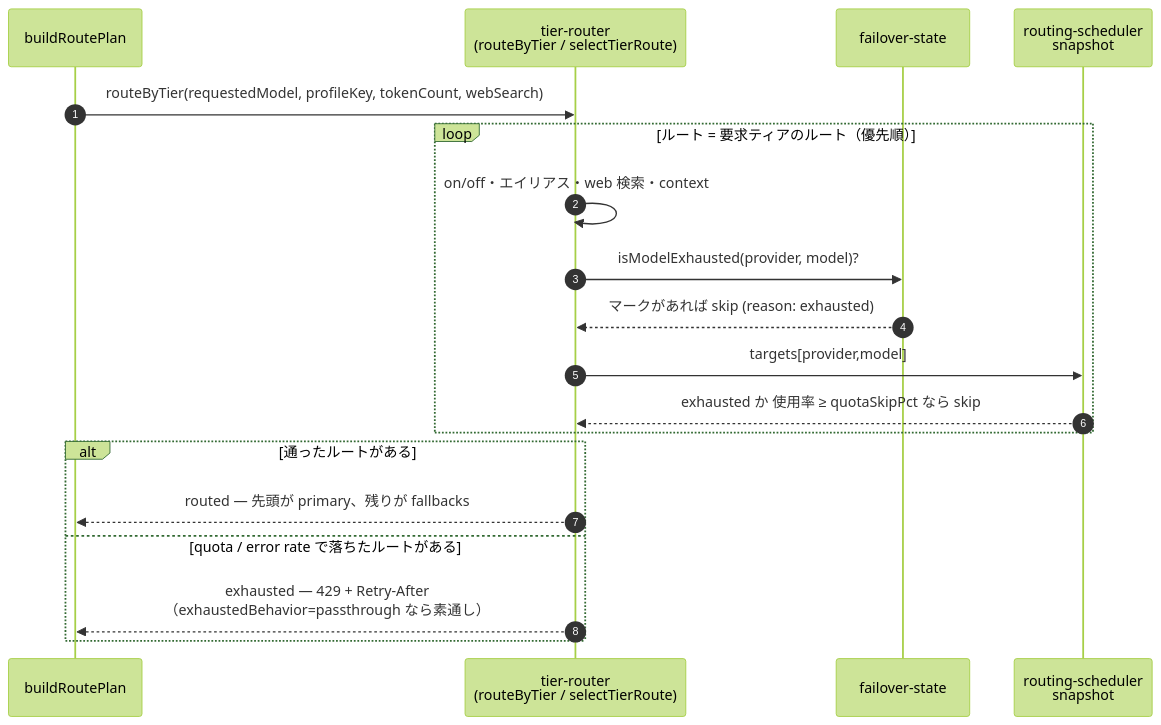
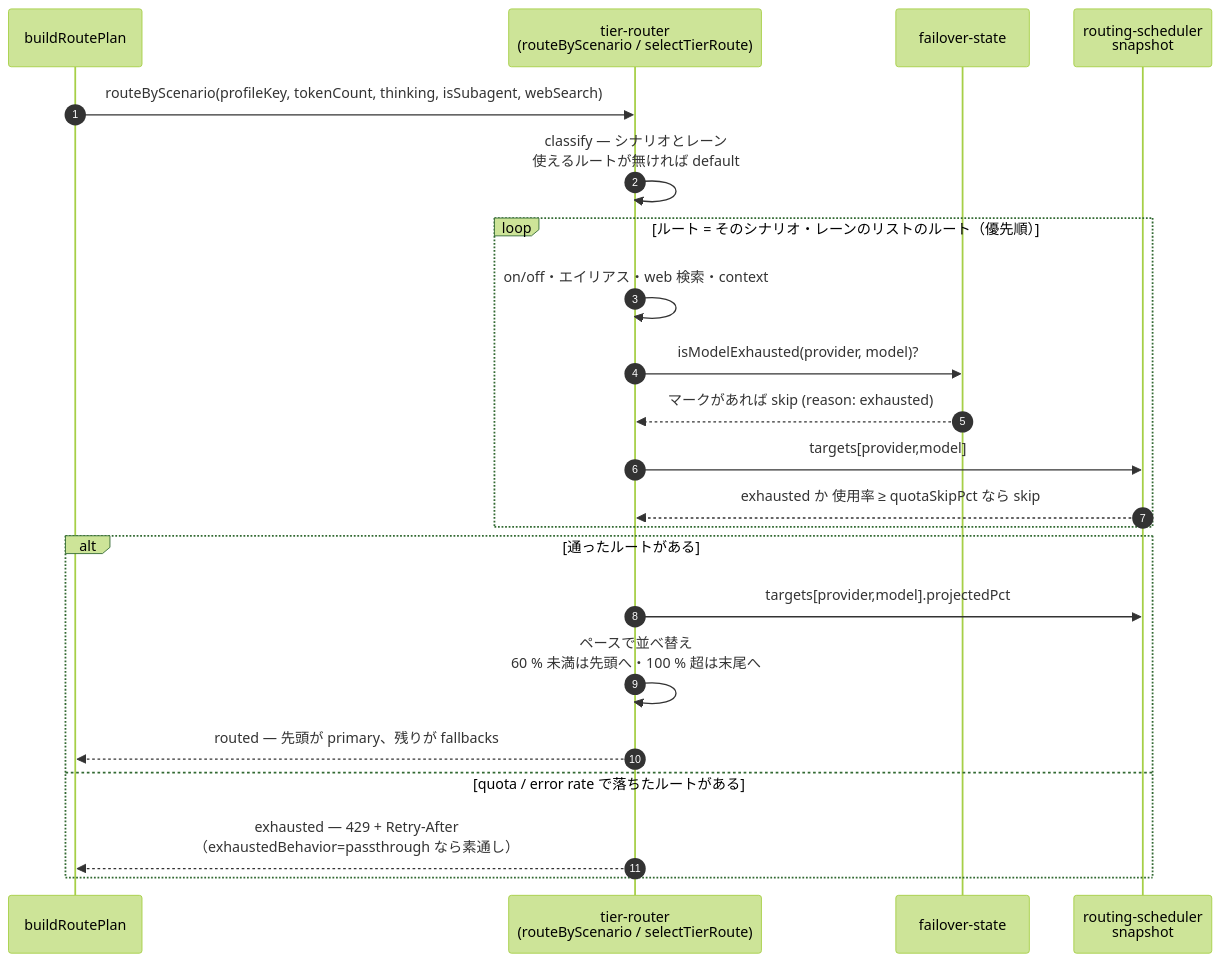
Before and after one commit to tkgstrator/rialto: the eighth of 12 diagrams in docs/architecture/pipeline-overview.md, drawn with Mermaid (forest theme). The commit also changed other lines of this file and 14 other files, not shown here.

````diff
--- a/docs/architecture/pipeline-overview.md
+++ b/docs/architecture/pipeline-overview.md
@@ -376,22 +376,25 @@
 ```mermaid
 sequenceDiagram
   autonumber
   participant RP as buildRoutePlan
-  participant TR as tier-router<br/>(routeByTier / selectTierRoute)
+  participant TR as tier-router<br/>(routeByScenario / selectTierRoute)
   participant FS as failover-state
   participant SN as routing-scheduler<br/>snapshot
 
-  RP->>TR: routeByTier(requestedModel, profileKey, tokenCount, webSearch)
-  loop ルート = 要求ティアのルート（優先順）
+  RP->>TR: routeByScenario(profileKey, tokenCount, thinking, isSubagent, webSearch)
+  TR->>TR: classify — シナリオとレーン<br/>使えるルートが無ければ default
+  loop ルート = そのシナリオ・レーンのリストのルート（優先順）
     TR->>TR: on/off・エイリアス・web 検索・context
     TR->>FS: isModelExhausted(provider, model)?
     FS-->>TR: マークがあれば skip (reason: exhausted)
     TR->>SN: targets[provider,model]
     SN-->>TR: exhausted か 使用率 ≥ quotaSkipPct なら skip
   end
   alt 通ったルートがある
+    TR->>SN: targets[provider,model].projectedPct
+    TR->>TR: ペースで並べ替え<br/>60 % 未満は先頭へ・100 % 超は末尾へ
     TR-->>RP: routed — 先頭が primary、残りが fallbacks
   else quota / error rate で落ちたルートがある
     TR-->>RP: exhausted — 429 + Retry-After<br/>（exhaustedBehavior=passthrough なら素通し）
   end
 ```
````
